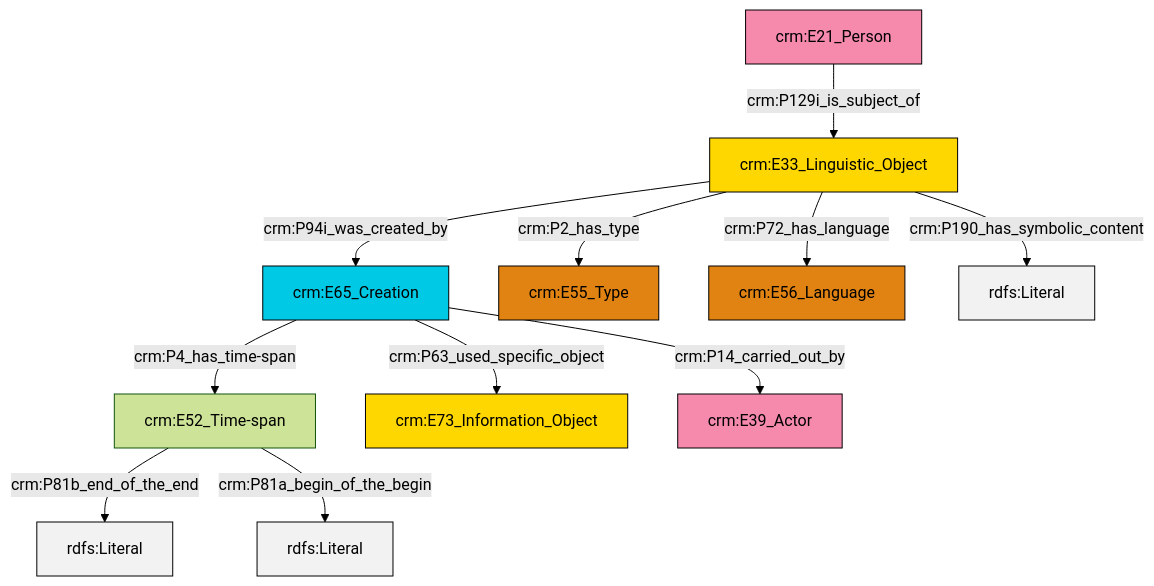
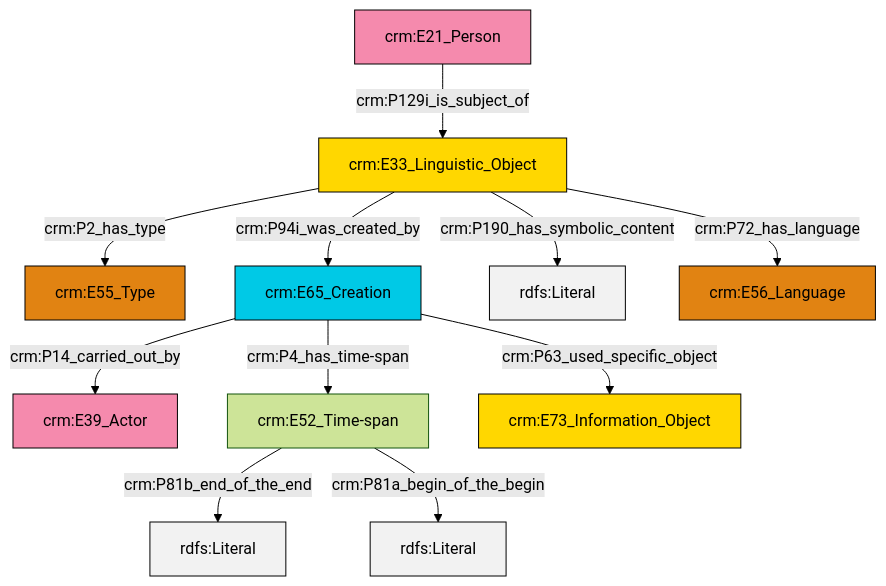
Before and after one commit to ncarboni/srdm: the diagram in et/personCSV/ttl/mmd/Person_Description.ttl.mmd, drawn with Mermaid (forest theme). The commit also changed 187 other files, not shown here.

```diff
--- a/et/personCSV/ttl/mmd/Person_Description.ttl.mmd
+++ b/et/personCSV/ttl/mmd/Person_Description.ttl.mmd
@@ -1,25 +1,25 @@
 graph TD
 classDef Literal fill:#f2f2f2,stroke:#000000;
 classDef CRM_Entity fill:#FFFFFF,stroke:#000000;
 classDef Temporal_Entity fill:#00C9E6, stroke:#000000;
 classDef Type fill:#E18312, stroke:#000000;
 classDef Time-Span fill:#2C9C91, stroke:#000000;
 classDef Appellation fill:#FFEB7F, stroke:#000000;
 classDef Place fill:#008836, stroke:#000000;
 classDef Persistent_Item fill:#B266B2, stroke:#000000;
 classDef Conceptual_Object fill:#FFD700, stroke:#000000;
 classDef Physical_Thing fill:#D2B48C, stroke:#000000;
 classDef Actor fill:#f58aad, stroke:#000000;
 classDef PC_Classes fill:#4ce600, stroke:#000000;
 classDef Multi fill:#cccccc,stroke:#000000;
 
-4["crm:E65_Creation"]:::Temporal_Entity -->|crm:P63_used_specific_object| 5["crm:E73_Information_Object"]:::Conceptual_Object
-0["crm:E21_Person"]:::Actor -->|crm:P129i_is_subject_of| 6["crm:E33_Linguistic_Object"]:::Conceptual_Object
-6["crm:E33_Linguistic_Object"]:::Conceptual_Object -->|crm:P72_has_language| 13["crm:E56_Language"]:::Type
-6["crm:E33_Linguistic_Object"]:::Conceptual_Object -->|crm:P94i_was_created_by| 4["crm:E65_Creation"]:::Temporal_Entity
-2["crm:E52_Time-span"]:::Default -->|crm:P81b_end_of_the_end| 15[rdfs:Literal]:::Literal
-2["crm:E52_Time-span"]:::Default -->|crm:P81a_begin_of_the_begin| 17[rdfs:Literal]:::Literal
-4["crm:E65_Creation"]:::Temporal_Entity -->|crm:P14_carried_out_by| 10["crm:E39_Actor"]:::Actor
-6["crm:E33_Linguistic_Object"]:::Conceptual_Object -->|crm:P190_has_symbolic_content| 18[rdfs:Literal]:::Literal
-4["crm:E65_Creation"]:::Temporal_Entity -->|crm:P4_has_time-span| 2["crm:E52_Time-span"]:::Default
-6["crm:E33_Linguistic_Object"]:::Conceptual_Object -->|crm:P2_has_type| 7["crm:E55_Type"]:::Type
+2["crm:E65_Creation"]:::Temporal_Entity -->|crm:P14_carried_out_by| 3["crm:E39_Actor"]:::Actor
+4["crm:E52_Time-span"]:::Default -->|crm:P81b_end_of_the_end| 5[rdfs:Literal]:::Literal
+6["crm:E33_Linguistic_Object"]:::Conceptual_Object -->|crm:P190_has_symbolic_content| 7[rdfs:Literal]:::Literal
+6["crm:E33_Linguistic_Object"]:::Conceptual_Object -->|crm:P2_has_type| 0["crm:E55_Type"]:::Type
+6["crm:E33_Linguistic_Object"]:::Conceptual_Object -->|crm:P94i_was_created_by| 2["crm:E65_Creation"]:::Temporal_Entity
+6["crm:E33_Linguistic_Object"]:::Conceptual_Object -->|crm:P72_has_language| 9["crm:E56_Language"]:::Type
+2["crm:E65_Creation"]:::Temporal_Entity -->|crm:P4_has_time-span| 4["crm:E52_Time-span"]:::Default
+4["crm:E52_Time-span"]:::Default -->|crm:P81a_begin_of_the_begin| 16[rdfs:Literal]:::Literal
+17["crm:E21_Person"]:::Actor -->|crm:P129i_is_subject_of| 6["crm:E33_Linguistic_Object"]:::Conceptual_Object
+2["crm:E65_Creation"]:::Temporal_Entity -->|crm:P63_used_specific_object| 12["crm:E73_Information_Object"]:::Conceptual_Object
```
